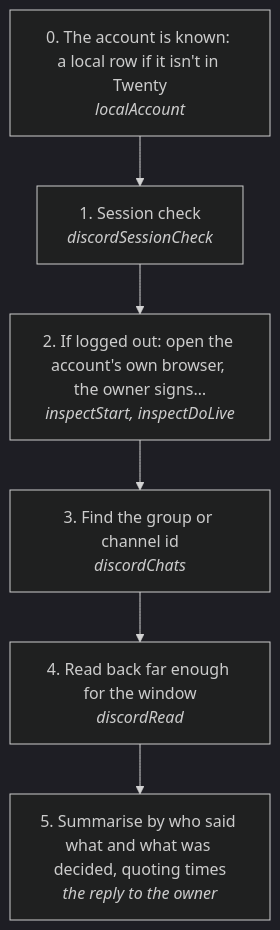
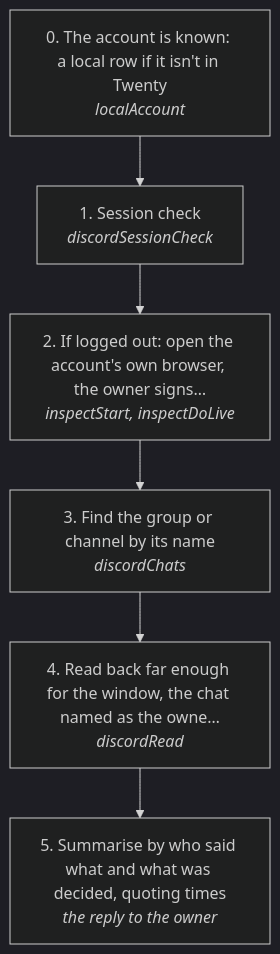
One commit to matthewdonsemail-lab/log changed the diagram in docs/useCases/discord/groupChatRead.md. Above: the diagram before and after it, drawn with Mermaid (dark theme). The commit also changed other lines of this file and 56 other files, not shown here.

````diff
--- a/docs/useCases/discord/groupChatRead.md
+++ b/docs/useCases/discord/groupChatRead.md
@@ -14,14 +14,14 @@
 ```mermaid
 flowchart TD
   s0["0. The account is known: a local row if it isn't in Twenty<br/><i>localAccount</i>"]
   s1["1. Session check<br/><i>discordSessionCheck</i>"]
   s2["2. If logged out: open the account's own browser, the owner signs…<br/><i>inspectStart, inspectDoLive</i>"]
-  s3["3. Find the group or channel id<br/><i>discordChats</i>"]
-  s4["4. Read back far enough for the window<br/><i>discordRead</i>"]
+  s3["3. Find the group or channel by its name<br/><i>discordChats</i>"]
+  s4["4. Read back far enough for the window, the chat named as the owne…<br/><i>discordRead</i>"]
   s5["5. Summarise by who said what and what was decided, quoting times<br/><i>the reply to the owner</i>"]
   s0 --> s1
   s1 --> s2
   s2 --> s3
   s3 --> s4
   s4 --> s5
 ```
````
